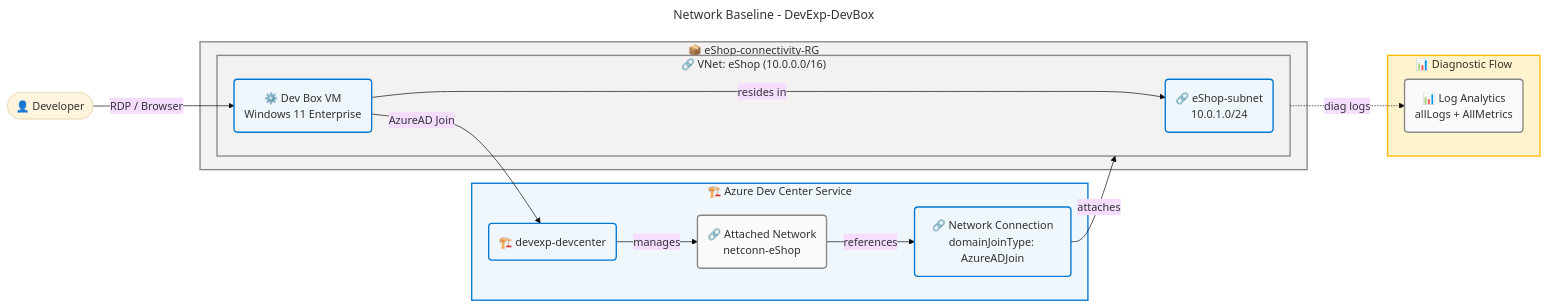
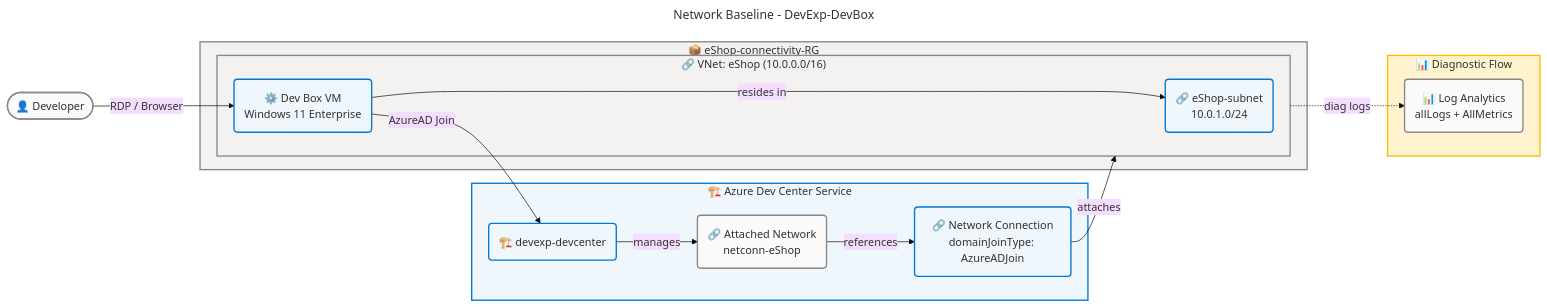
One commit to Evilazaro/DevExp-DevBox changed the third of 6 diagrams in docs/architecture/technology-architecture.md. Above: the diagram before and after it, drawn with Mermaid. The commit also changed other lines of this file, not shown here.

Commit message:
refactor: Update Mermaid diagram styles for improved visual clarity in technology architecture documentation

````diff
--- a/docs/architecture/technology-architecture.md
+++ b/docs/architecture/technology-architecture.md
@@ -516,63 +516,63 @@
 ```mermaid
 ---
 title: Network Baseline - DevExp-DevBox
 config:
   theme: base
   look: classic
   layout: dagre
   themeVariables:
     fontSize: '16px'
   flowchart:
     htmlLabels: true
 ---
 flowchart LR
     accTitle: Network Baseline - DevExp-DevBox
     accDescr: Shows the network topology including VNet address space, subnets, DevCenter network connection, and developer endpoint flows
 
     %% ═══════════════════════════════════════════════════════════════════════════
     %% AZURE / FLUENT ARCHITECTURE PATTERN v1.1
     %% (Semantic + Structural + Font + Accessibility Governance)
     %% ═══════════════════════════════════════════════════════════════════════════
     %% PHASE 1 - FLUENT UI: All styling uses approved Fluent UI palette only
     %% PHASE 2 - GROUPS: Every subgraph has semantic color via style directive
     %% PHASE 3 - COMPONENTS: Every node has semantic classDef + icon prefix
     %% PHASE 4 - ACCESSIBILITY: accTitle/accDescr present, WCAG AA contrast
     %% PHASE 5 - STANDARD: Governance block present, classDefs centralized
     %% ═══════════════════════════════════════════════════════════════════════════
 
-    Developer(["👤 Developer"]):::external
+    Developer(["👤 Developer"]):::neutral
 
     subgraph DevBoxService["🏗️ Azure Dev Center Service"]
         DevCenter("🏗️ devexp-devcenter"):::core
         NetConn("🔗 Network Connection<br/>domainJoinType: AzureADJoin"):::core
         AttachedNet("🔗 Attached Network<br/>netconn-eShop"):::neutral
     end
 
     subgraph ConnRG["📦 eShop-connectivity-RG"]
         subgraph eShopVNet["🔗 VNet: eShop (10.0.0.0/16)"]
             Subnet("🔗 eShop-subnet<br/>10.0.1.0/24"):::core
             DevBoxVM("⚙️ Dev Box VM<br/>Windows 11 Enterprise"):::core
         end
     end
 
     subgraph DiagFlow["📊 Diagnostic Flow"]
         LA("📊 Log Analytics<br/>allLogs + AllMetrics"):::neutral
     end
 
     Developer -->|"RDP / Browser"| DevBoxVM
     DevBoxVM -->|"resides in"| Subnet
     NetConn -->|"attaches"| eShopVNet
     AttachedNet -->|"references"| NetConn
     DevCenter -->|"manages"| AttachedNet
     DevBoxVM -->|"AzureAD Join"| DevCenter
     eShopVNet -.->|"diag logs"| LA
 
     %% Centralized classDefs
     classDef neutral fill:#FAFAFA,stroke:#8A8886,stroke-width:2px,color:#323130
     classDef core fill:#EFF6FC,stroke:#0078D4,stroke-width:2px,color:#323130
 
     style DevBoxService fill:#EFF6FC,stroke:#0078D4,stroke-width:2px,color:#323130
     style ConnRG fill:#F3F2F1,stroke:#8A8886,stroke-width:2px,color:#323130
     style eShopVNet fill:#F3F2F1,stroke:#8A8886,stroke-width:2px,color:#323130
     style DiagFlow fill:#FFF4CE,stroke:#FFB900,stroke-width:2px,color:#323130
 ```
````
